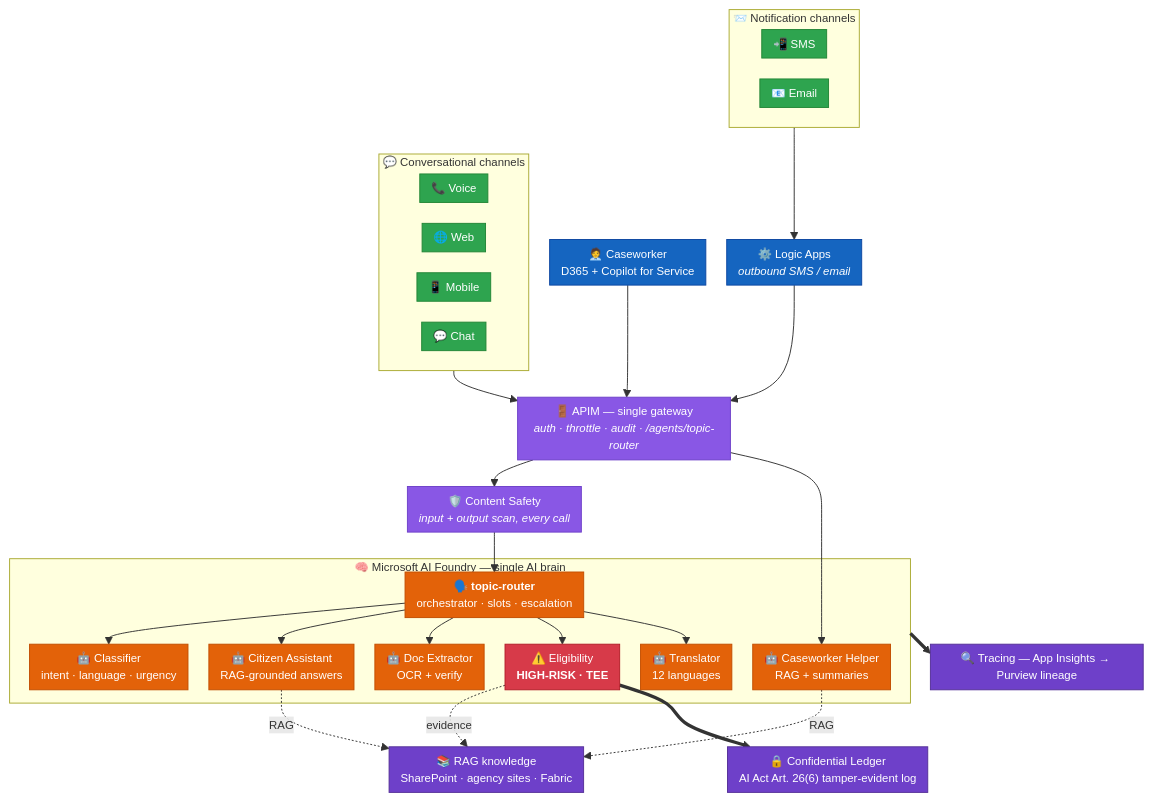
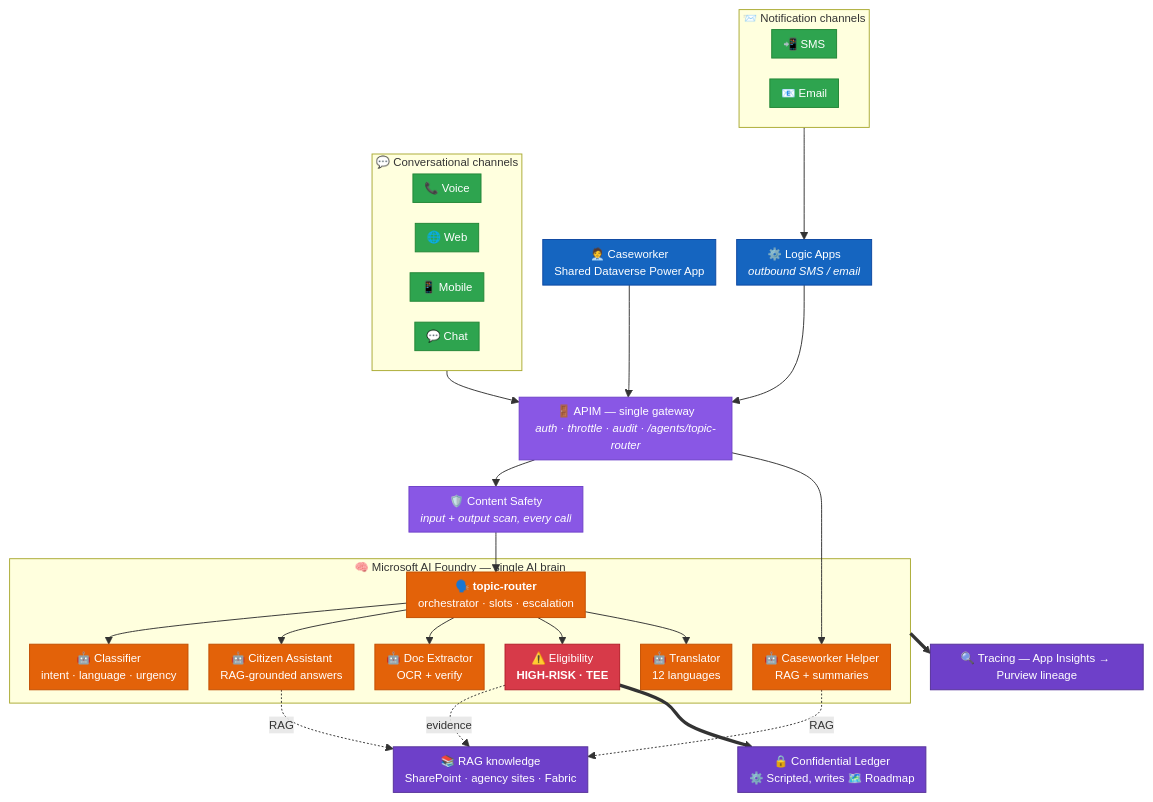
Before and after one commit to fredgis/UDCSP: the first of 5 diagrams in README.md, drawn with Mermaid. The commit also changed other lines of this file and 37 other files, not shown here.

````diff
--- a/README.md
+++ b/README.md
@@ -209,66 +211,66 @@
 ```mermaid
 %%{ init: { 'flowchart': { 'nodeSpacing': 22, 'rankSpacing': 28, 'padding': 6 }, 'themeVariables': { 'fontSize': '12px' } } }%%
 graph TB
     subgraph CONV["💬 Conversational channels"]
         Voice["📞 Voice"]
         Web["🌐 Web"]
         Mobile["📱 Mobile"]
         Chat["💬 Chat"]
     end
     subgraph NOTIF["📨 Notification channels"]
         SMS["📲 SMS"]
         Email["📧 Email"]
     end
-    Case["🧑‍💼 Caseworker<br/>D365 + Copilot for Service"]
+    Case["🧑‍💼 Caseworker<br/>Shared Dataverse Power App"]
 
     APIM["🚪 APIM — single gateway<br/><i>auth · throttle · audit · /agents/topic-router</i>"]
     Safety["🛡️ Content Safety<br/><i>input + output scan, every call</i>"]
     Logic["⚙️ Logic Apps<br/><i>outbound SMS / email</i>"]
 
     subgraph FOUNDRY["🧠 Microsoft AI Foundry — single AI brain"]
         TR["🗣️ <b>topic-router</b><br/>orchestrator · slots · escalation"]
         CL["🤖 Classifier<br/>intent · language · urgency"]
         CA["🤖 Citizen Assistant<br/>RAG-grounded answers"]
         DE["🤖 Doc Extractor<br/>OCR + verify"]
         EL["⚠️ Eligibility<br/><b>HIGH-RISK · TEE</b>"]
         TX["🤖 Translator<br/>12 languages"]
         CW["🤖 Caseworker Helper<br/>RAG + summaries"]
     end
 
     RAG["📚 RAG knowledge<br/>SharePoint · agency sites · Fabric"]
     Trace["🔍 Tracing — App Insights → Purview lineage"]
-    Ledger["🔒 Confidential Ledger<br/>AI Act Art. 26(6) tamper-evident log"]
+    Ledger["🔒 Confidential Ledger<br/>⚙️ Scripted, writes 🗺️ Roadmap"]
 
     CONV --> APIM
     Case --> APIM
     NOTIF --> Logic --> APIM
 
     APIM --> Safety --> TR
     TR --> CL
     TR --> CA
     TR --> DE
     TR --> EL
     TR --> TX
     APIM --> CW
 
     CA -. RAG .-> RAG
     CW -. RAG .-> RAG
     EL -. evidence .-> RAG
 
     FOUNDRY ==> Trace
     EL ==> Ledger
 
     classDef chan fill:#2ea44f,stroke:#238636,color:#fff
     classDef ws fill:#1565c0,stroke:#0d47a1,color:#fff
     classDef gw fill:#8957e5,stroke:#6e40c9,color:#fff
     classDef agent fill:#e36209,stroke:#c24e00,color:#fff
     classDef hi fill:#d73a49,stroke:#b31d28,color:#fff
     classDef gov fill:#6e40c9,stroke:#553098,color:#fff
 
     class Voice,Web,Mobile,Chat,SMS,Email chan
     class Case,Logic ws
     class APIM,Safety gw
     class TR,CL,CA,DE,TX,CW agent
     class EL hi
     class RAG,Trace,Ledger gov
 ```
````
